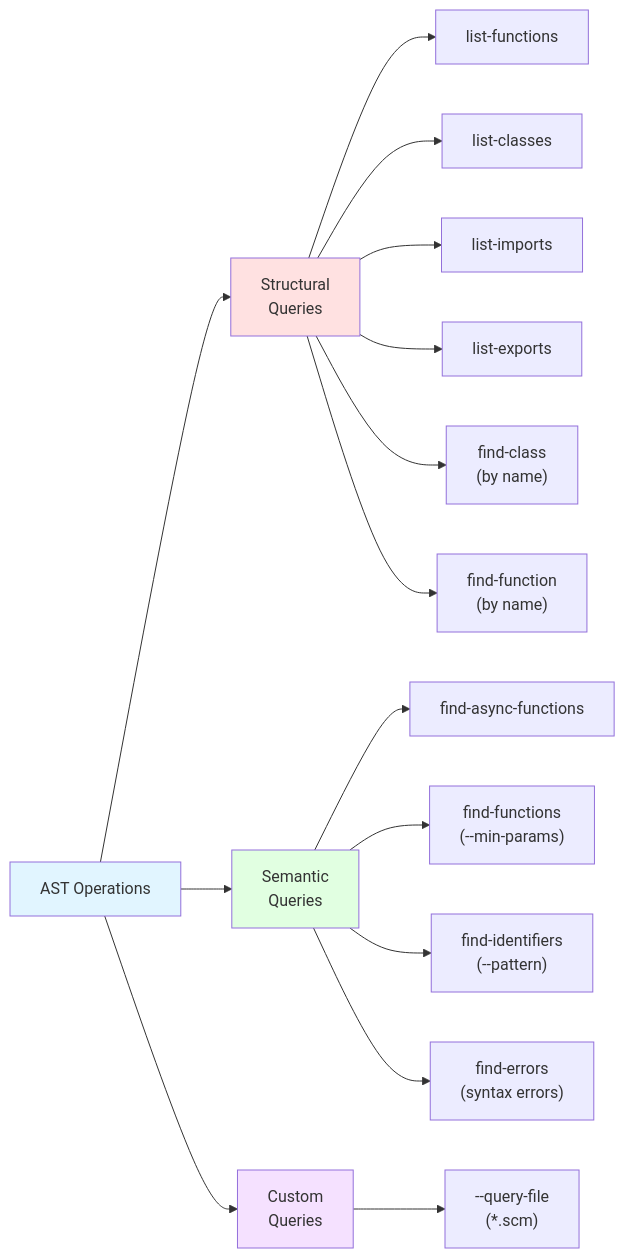
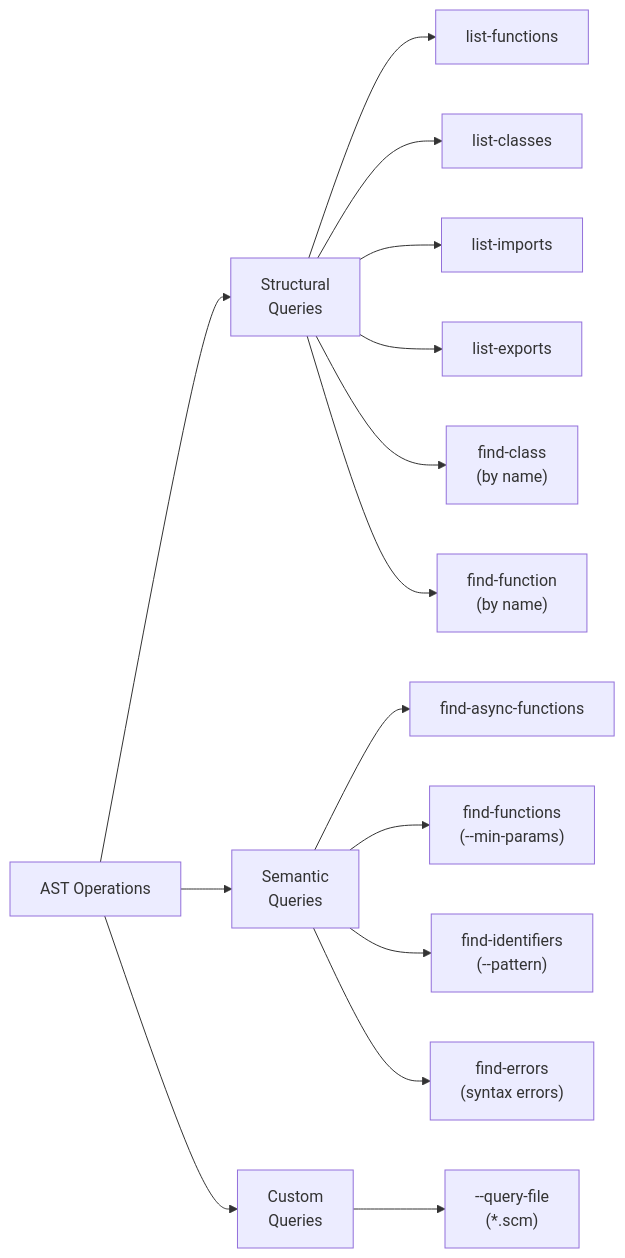
One commit to sengac/fspec changed the second of 3 diagrams in spec/attachments/RES-017/ast-tool-refactoring-research.md. Above: the diagram before and after it, drawn with Mermaid. The commit also changed other lines of this file and 21 other files, not shown here.

First line of the commit message:
feat(research-tools)!: replace semantic NL parsing with deterministic tree-sitter operations

````diff
--- a/spec/attachments/RES-017/ast-tool-refactoring-research.md
+++ b/spec/attachments/RES-017/ast-tool-refactoring-research.md
@@ -253,31 +247,26 @@
 ```mermaid
 graph LR
     Operations["AST Operations"]
 
     Structural["Structural<br/>Queries"]
     Semantic["Semantic<br/>Queries"]
     Custom["Custom<br/>Queries"]
 
     Operations --> Structural
     Operations --> Semantic
     Operations --> Custom
 
     Structural --> ListFunctions["list-functions"]
     Structural --> ListClasses["list-classes"]
     Structural --> ListImports["list-imports"]
     Structural --> ListExports["list-exports"]
     Structural --> FindClass["find-class<br/>(by name)"]
     Structural --> FindFunction["find-function<br/>(by name)"]
 
     Semantic --> AsyncFunctions["find-async-functions"]
     Semantic --> HighParamCount["find-functions<br/>(--min-params)"]
     Semantic --> ConstantPattern["find-identifiers<br/>(--pattern)"]
     Semantic --> ErrorNodes["find-errors<br/>(syntax errors)"]
 
     Custom --> QueryFile["--query-file<br/>(*.scm)"]
-
-    style Operations fill:#e1f5ff
-    style Structural fill:#ffe1e1
-    style Semantic fill:#e1ffe1
-    style Custom fill:#f5e1ff
 ```
````
